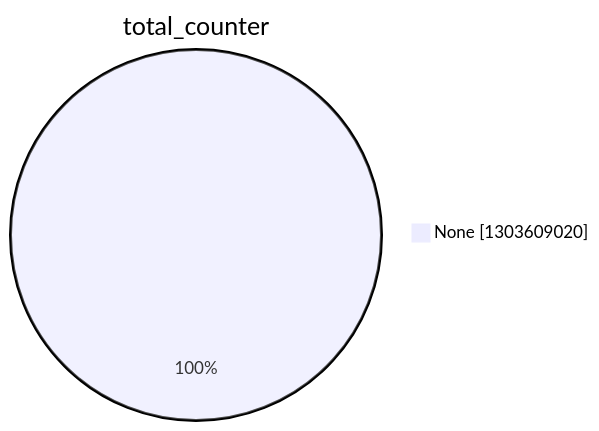
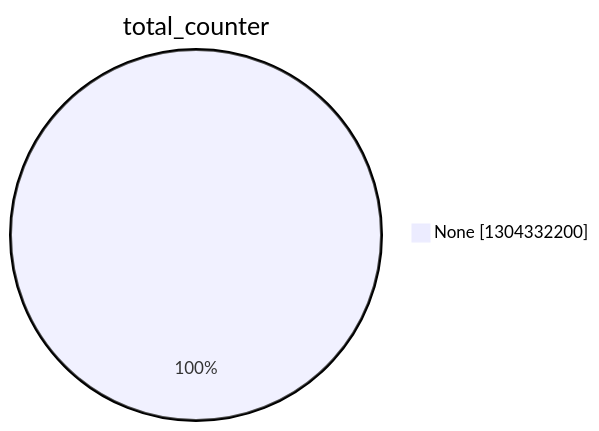
The second of 15 diagrams in argon2022/README.md (christiankrug/ctmonitor_visualization), drawn with Mermaid before and after one commit. The commit also changed other lines of this file, not shown here.

````diff
--- a/argon2022/README.md
+++ b/argon2022/README.md
@@ -9,5 +9,5 @@
 ```mermaid
 pie showData
 title total_counter
-"None" :1303609020
+"None" :1304332200
 ```
````
